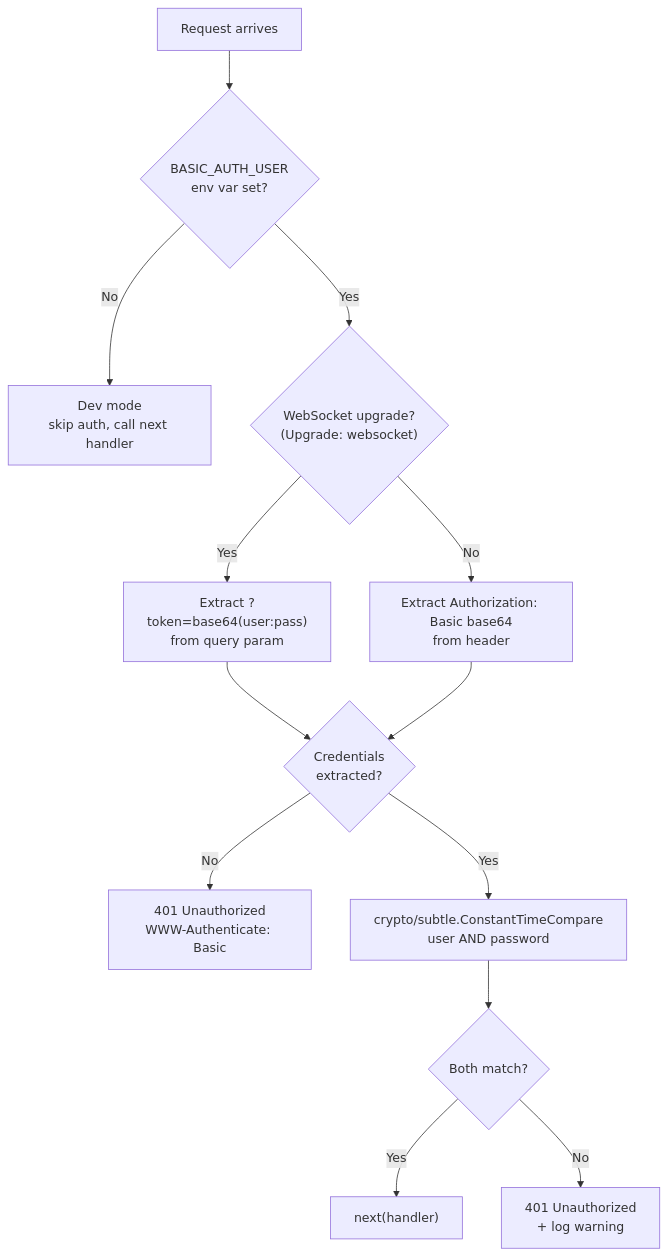
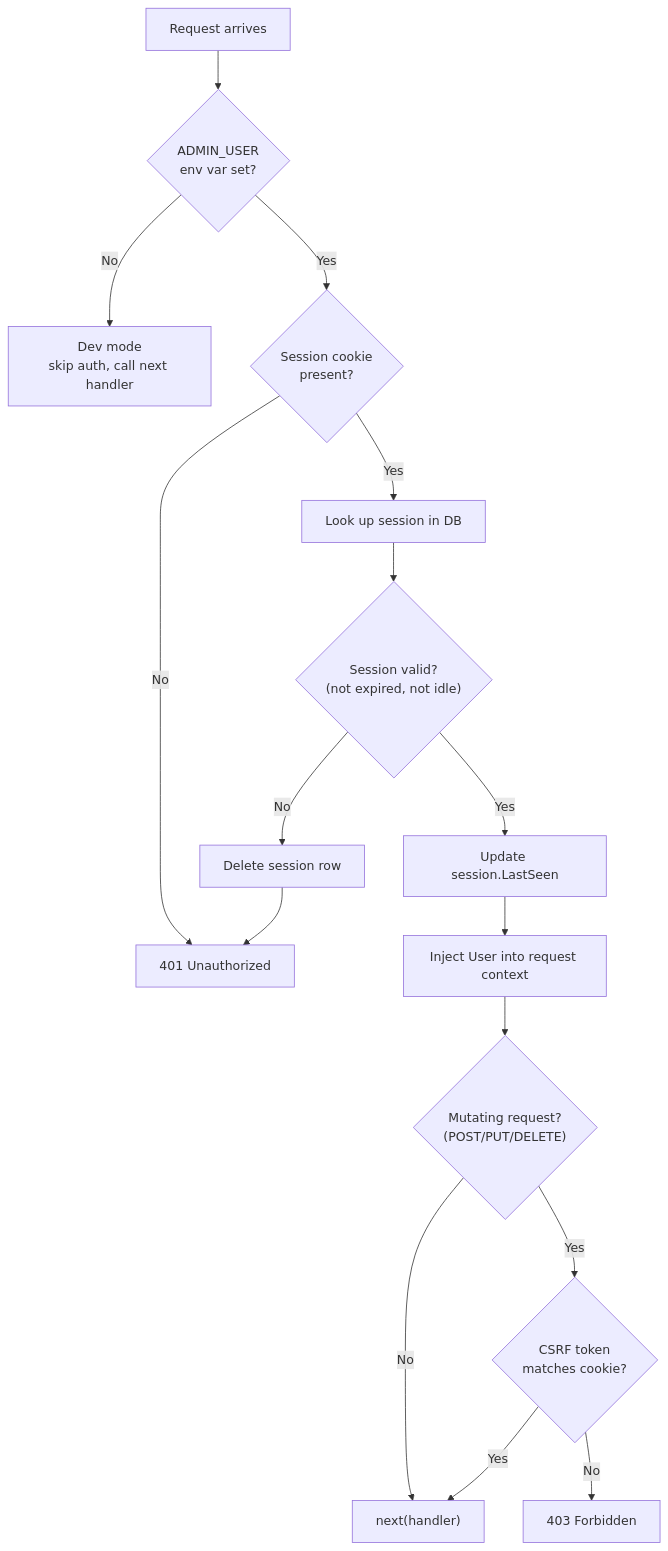
The fifth of 9 diagrams in ARCHITECTURE.md (MacXsimilian/kube-phoenix), drawn with Mermaid before and after one commit. The commit also changed other lines of this file and 1 other file, not shown here.

Commit message:
docs: update README and ARCHITECTURE for user management feature

````diff
--- a/ARCHITECTURE.md
+++ b/ARCHITECTURE.md
@@ -1744,22 +1893,27 @@
 ```mermaid
 flowchart TD
-    Start["Request arrives"] --> AuthSet{"BASIC_AUTH_USER<br/>env var set?"}
+    Start["Request arrives"] --> AuthSet{"ADMIN_USER<br/>env var set?"}
 
     AuthSet -- "No" --> DevMode["Dev mode<br/>skip auth, call next handler"]
 
-    AuthSet -- "Yes" --> IsWS{"WebSocket upgrade?<br/>(Upgrade: websocket)"}
+    AuthSet -- "Yes" --> HasCookie{"Session cookie<br/>present?"}
 
-    IsWS -- "Yes" --> Token["Extract ?token=base64(user:pass)<br/>from query param"]
-    IsWS -- "No" --> Header["Extract Authorization: Basic base64<br/>from header"]
+    HasCookie -- "No" --> Reject401["401 Unauthorized"]
 
-    Token --> HasCreds{"Credentials<br/>extracted?"}
-    Header --> HasCreds
+    HasCookie -- "Yes" --> LookupSession["Look up session in DB"]
 
-    HasCreds -- "No" --> Reject401["401 Unauthorized<br/>WWW-Authenticate: Basic"]
+    LookupSession --> Valid{"Session valid?<br/>(not expired, not idle)"}
 
-    HasCreds -- "Yes" --> Compare["crypto/subtle.ConstantTimeCompare<br/>user AND password"]
+    Valid -- "No" --> DeleteSession["Delete session row"]
+    DeleteSession --> Reject401
 
-    Compare --> Match{"Both match?"}
-    Match -- "Yes" --> Allow["next(handler)"]
-    Match -- "No" --> Reject401Log["401 Unauthorized<br/>+ log warning"]
+    Valid -- "Yes" --> UpdateLastSeen["Update session.LastSeen"]
+    UpdateLastSeen --> InjectUser["Inject User into request context"]
+    InjectUser --> CheckCSRF{"Mutating request?<br/>(POST/PUT/DELETE)"}
+
+    CheckCSRF -- "No" --> Allow["next(handler)"]
+    CheckCSRF -- "Yes" --> CSRFValid{"CSRF token<br/>matches cookie?"}
+
+    CSRFValid -- "Yes" --> Allow
+    CSRFValid -- "No" --> Reject403["403 Forbidden"]
 ```
````
